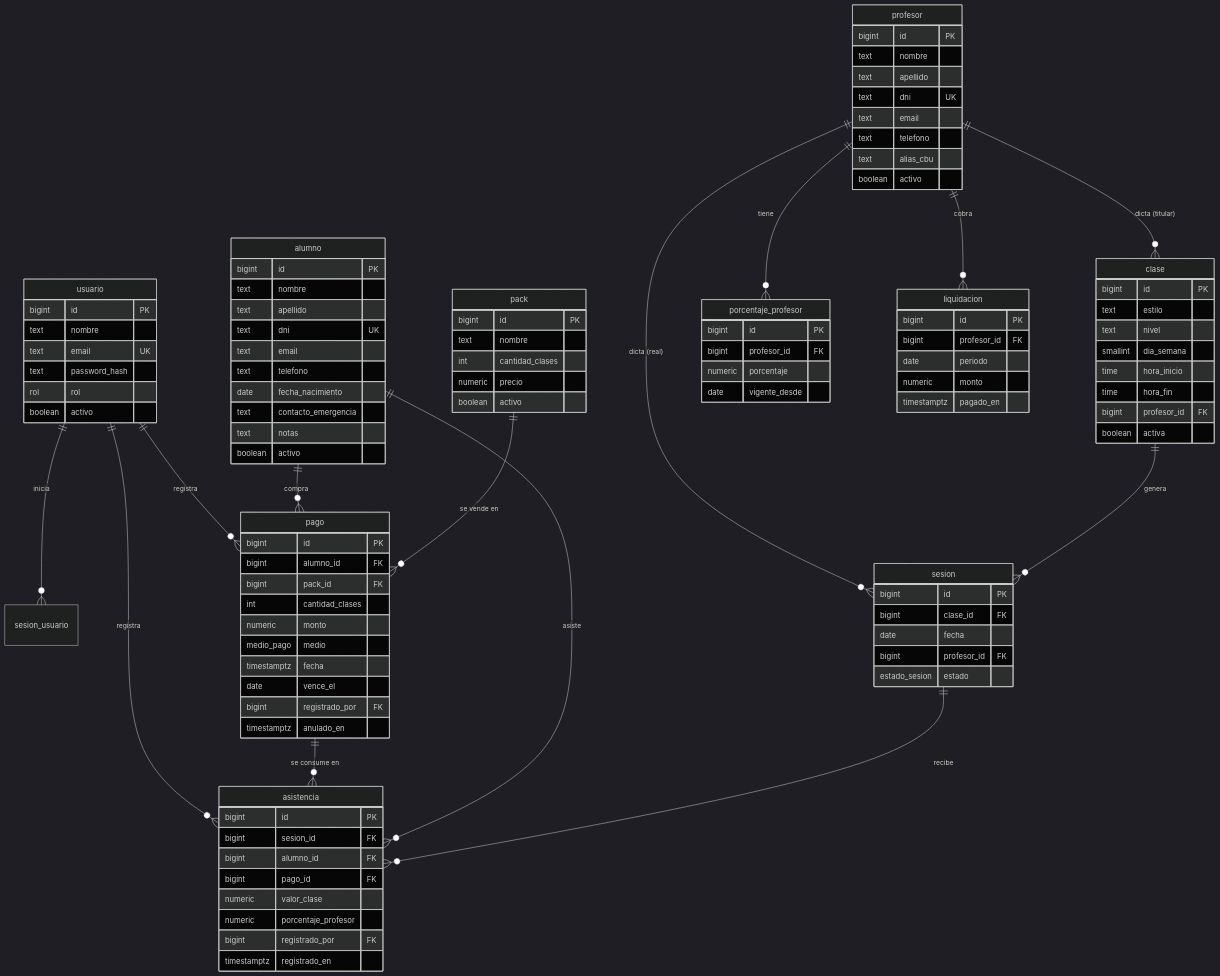
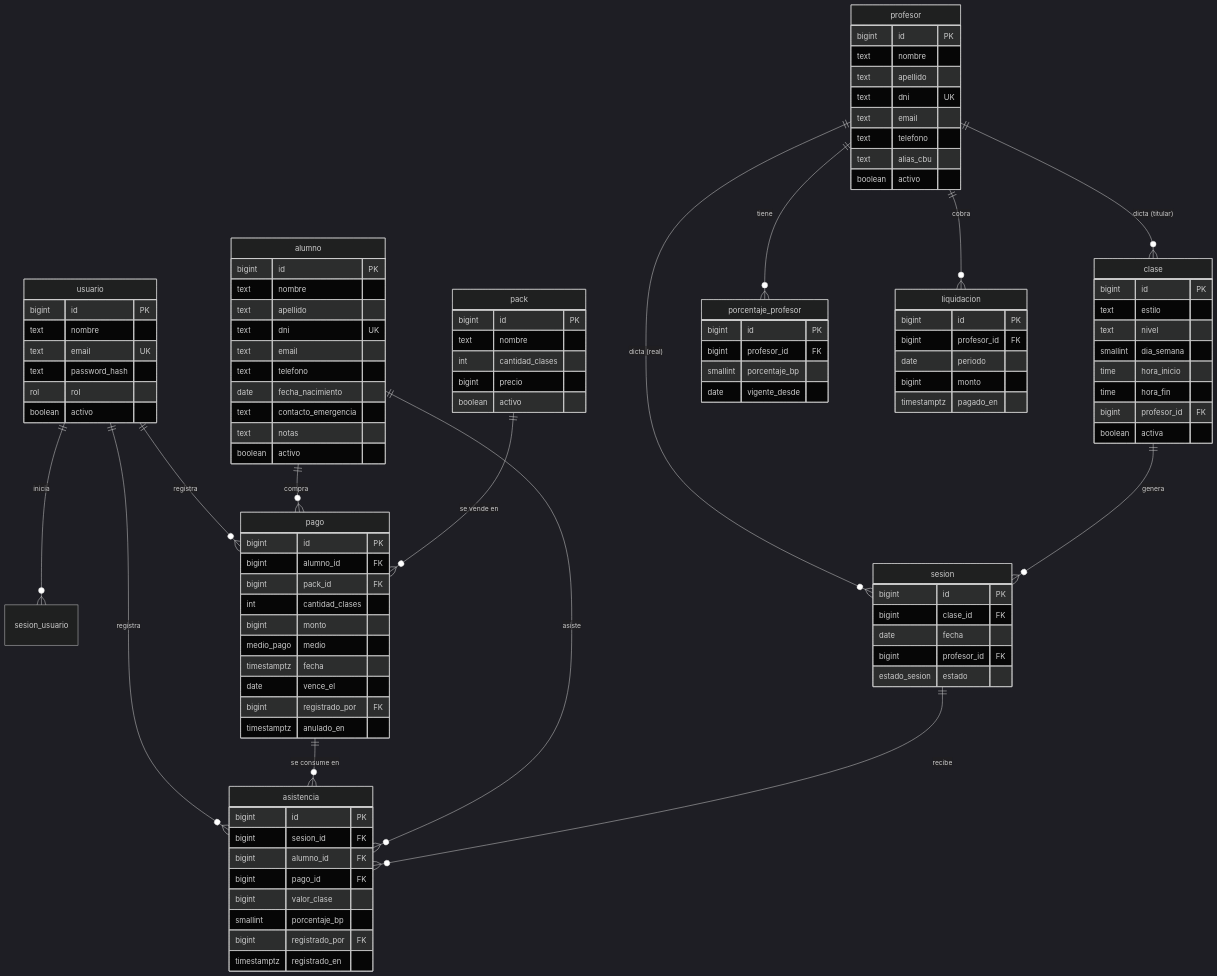
One commit to Juanrar/studio-manager changed the diagram in docs/estructura de base de datos.md. Above: the diagram before and after it, drawn with Mermaid (dark theme). The commit also changed other lines of this file, not shown here.

````diff
--- a/docs/estructura de base de datos.md
+++ b/docs/estructura de base de datos.md
@@ -70,14 +81,14 @@
     porcentaje_profesor {
         bigint id PK
         bigint profesor_id FK
-        numeric porcentaje
+        smallint porcentaje_bp
         date vigente_desde
     }
     pack {
         bigint id PK
         text nombre
         int cantidad_clases
-        numeric precio
+        bigint precio
         boolean activo
     }
     pago {
@@ -85,7 +96,7 @@
         bigint alumno_id FK
         bigint pack_id FK
         int cantidad_clases
-        numeric monto
+        bigint monto
         medio_pago medio
         timestamptz fecha
         date vence_el
@@ -114,8 +125,8 @@
         bigint sesion_id FK
         bigint alumno_id FK
         bigint pago_id FK
-        numeric valor_clase
-        numeric porcentaje_profesor
+        bigint valor_clase
+        smallint porcentaje_bp
         bigint registrado_por FK
         timestamptz registrado_en
     }
@@ -123,7 +134,7 @@
         bigint id PK
         bigint profesor_id FK
         date periodo
-        numeric monto
+        bigint monto
         timestamptz pagado_en
     }
 ```
````
